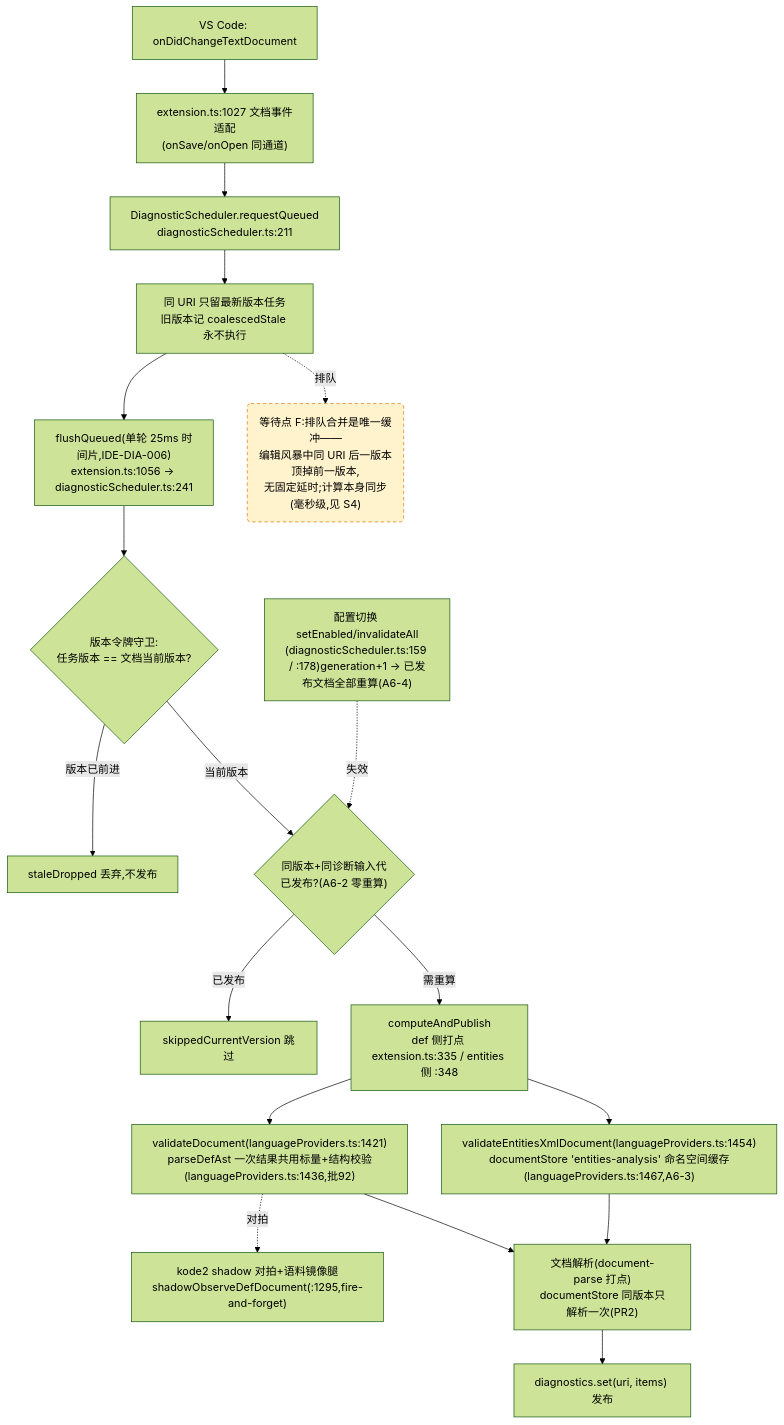
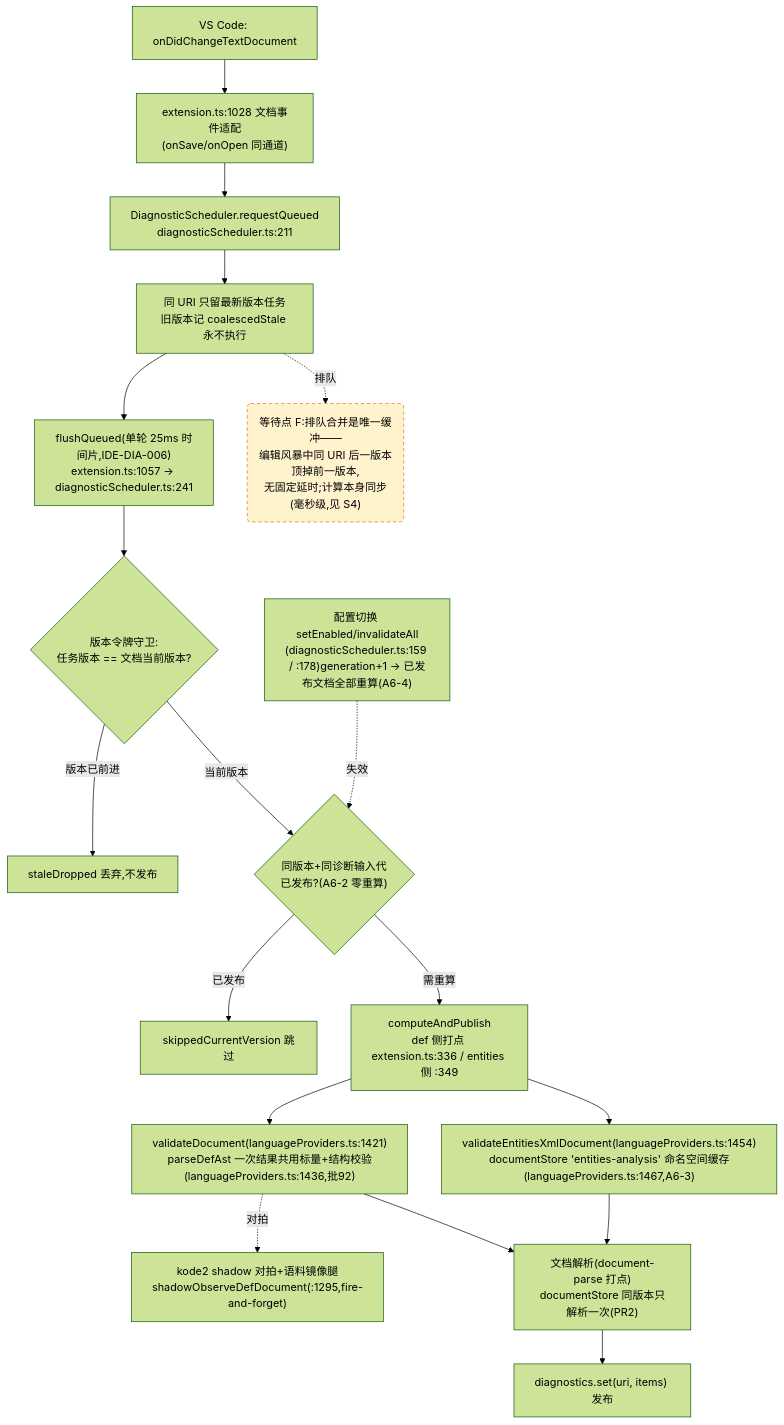
Before and after one commit to cuihairu/kode: the fourth of 4 diagrams in docs/perf/2026-baseline.md, drawn with Mermaid (forest theme). The commit also changed other lines of this file and 12 other files, not shown here.

````diff
--- a/docs/perf/2026-baseline.md
+++ b/docs/perf/2026-baseline.md
@@ -214,38 +214,38 @@
 ```mermaid
 flowchart TD
   CHG["VS Code: onDidChangeTextDocument"]
-  WATCH["extension.ts:1027 文档事件适配<br/>(onSave/onOpen 同通道)"]
+  WATCH["extension.ts:1028 文档事件适配<br/>(onSave/onOpen 同通道)"]
   RQ["DiagnosticScheduler.requestQueued<br/>diagnosticScheduler.ts:211"]
   CO["同 URI 只留最新版本任务<br/>旧版本记 coalescedStale 永不执行"]
-  FL["flushQueued(单轮 25ms 时间片,IDE-DIA-006)<br/>extension.ts:1056 → diagnosticScheduler.ts:241"]
+  FL["flushQueued(单轮 25ms 时间片,IDE-DIA-006)<br/>extension.ts:1057 → diagnosticScheduler.ts:241"]
   VG{"版本令牌守卫:<br/>任务版本 == 文档当前版本?"}
   DROP["staleDropped 丢弃,不发布"]
   GEN{"同版本+同诊断输入代<br/>已发布?(A6-2 零重算)"}
   SKIP["skippedCurrentVersion 跳过"]
-  CALC["computeAndPublish<br/>def 侧打点 extension.ts:335 / entities 侧 :348"]
+  CALC["computeAndPublish<br/>def 侧打点 extension.ts:336 / entities 侧 :349"]
   VD["validateDocument(languageProviders.ts:1421)<br/>parseDefAst 一次结果共用标量+结构校验(languageProviders.ts:1436,批92)"]
   VEX["validateEntitiesXmlDocument(languageProviders.ts:1454)<br/>documentStore 'entities-analysis' 命名空间缓存(languageProviders.ts:1467,A6-3)"]
   SHDD["kode2 shadow 对拍+语料镜像腿<br/>shadowObserveDefDocument(:1295,fire-and-forget)"]
   DS["文档解析(document-parse 打点)<br/>documentStore 同版本只解析一次(PR2)"]
   PUB["diagnostics.set(uri, items) 发布"]
   CFG2["配置切换 setEnabled/invalidateAll<br/>(diagnosticScheduler.ts:159 / :178)generation+1 → 已发布文档全部重算(A6-4)"]
 
   CHG --> WATCH --> RQ --> CO --> FL --> VG
   VG -- "版本已前进" --> DROP
   VG -- "当前版本" --> GEN
   GEN -- "已发布" --> SKIP
   GEN -- "需重算" --> CALC
   CALC --> VD
   CALC --> VEX
   VD --> DS
   VEX --> DS
   DS --> PUB
   VD -.->|对拍| SHDD
   CFG2 -.->|失效| GEN
 
   WAITF("等待点 F:排队合并是唯一缓冲——<br/>编辑风暴中同 URI 后一版本顶掉前一版本,<br/>无固定延时;计算本身同步(毫秒级,见 S4)")
   CO -.->|排队| WAITF
 
   classDef waitPoint fill:#fff3cd,stroke:#d97706,stroke-dasharray:5 4;
   class WAITF waitPoint;
 ```
````
